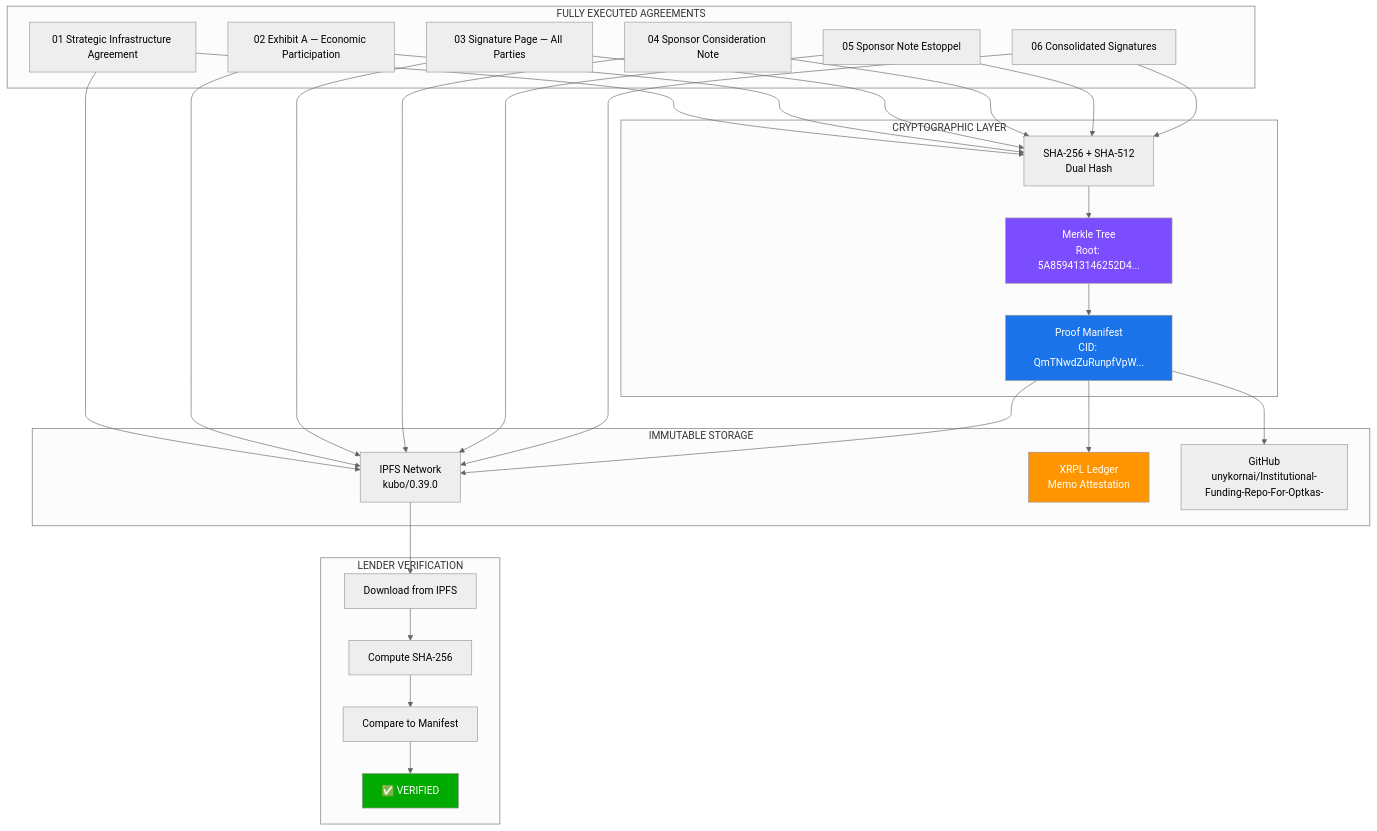
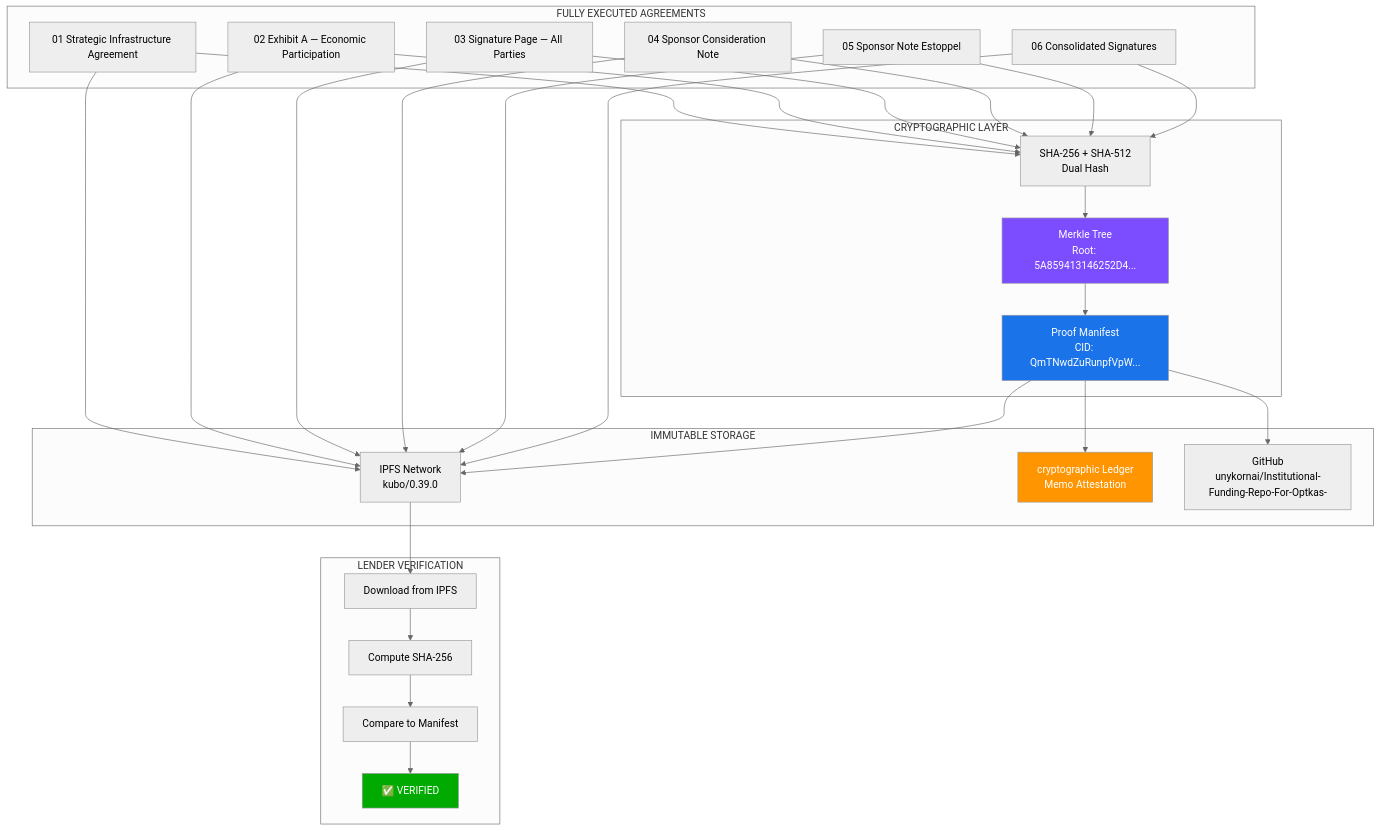
The first of 2 diagrams in EXECUTION_v1/07_LENDER_PROOF_PACKAGE/LENDER_PROOF_PACKAGE.md (unykornai/Institutional-Funding-Repo-For-Optkas-), drawn with Mermaid (neutral theme) before and after one commit. The commit also changed other lines of this file and 55 other files, not shown here.

````diff
--- a/EXECUTION_v1/07_LENDER_PROOF_PACKAGE/LENDER_PROOF_PACKAGE.md
+++ b/EXECUTION_v1/07_LENDER_PROOF_PACKAGE/LENDER_PROOF_PACKAGE.md
@@ -27,41 +27,41 @@
 ```mermaid
 graph TB
     subgraph EXECUTED["FULLY EXECUTED AGREEMENTS"]
         D1["01 Strategic Infrastructure Agreement"]
         D2["02 Exhibit A — Economic Participation"]
         D3["03 Signature Page — All Parties"]
         D4["04 Sponsor Consideration Note"]
         D5["05 Sponsor Note Estoppel"]
         D6["06 Consolidated Signatures"]
     end
 
     subgraph CRYPTO["CRYPTOGRAPHIC LAYER"]
         HASH["SHA-256 + SHA-512\nDual Hash"]
         MERKLE["Merkle Tree\nRoot: 5A859413146252D4..."]
         MANIFEST["Proof Manifest\nCID: QmTNwdZuRunpfVpW..."]
     end
 
     subgraph IMMUTABLE["IMMUTABLE STORAGE"]
         IPFS["IPFS Network\nkubo/0.39.0"]
-        XRPL["XRPL Ledger\nMemo Attestation"]
+        cryptographic["cryptographic Ledger\nMemo Attestation"]
         GIT["GitHub\nunykornai/Institutional-Funding-Repo-For-Optkas-"]
     end
 
     subgraph VERIFY["LENDER VERIFICATION"]
         DL["Download from IPFS"]
         CHECK["Compute SHA-256"]
         COMPARE["Compare to Manifest"]
         RESULT["✅ VERIFIED"]
     end
 
     D1 & D2 & D3 & D4 & D5 & D6 --> HASH
     HASH --> MERKLE --> MANIFEST
     D1 & D2 & D3 & D4 & D5 & D6 --> IPFS
-    MANIFEST --> IPFS & XRPL & GIT
+    MANIFEST --> IPFS & cryptographic & GIT
     IPFS --> DL --> CHECK --> COMPARE --> RESULT
 
     style RESULT fill:#00aa00,color:#fff
     style MANIFEST fill:#1a73e8,color:#fff
-    style XRPL fill:#ff9500,color:#fff
+    style cryptographic fill:#ff9500,color:#fff
     style MERKLE fill:#7c4dff,color:#fff
 ```
````
